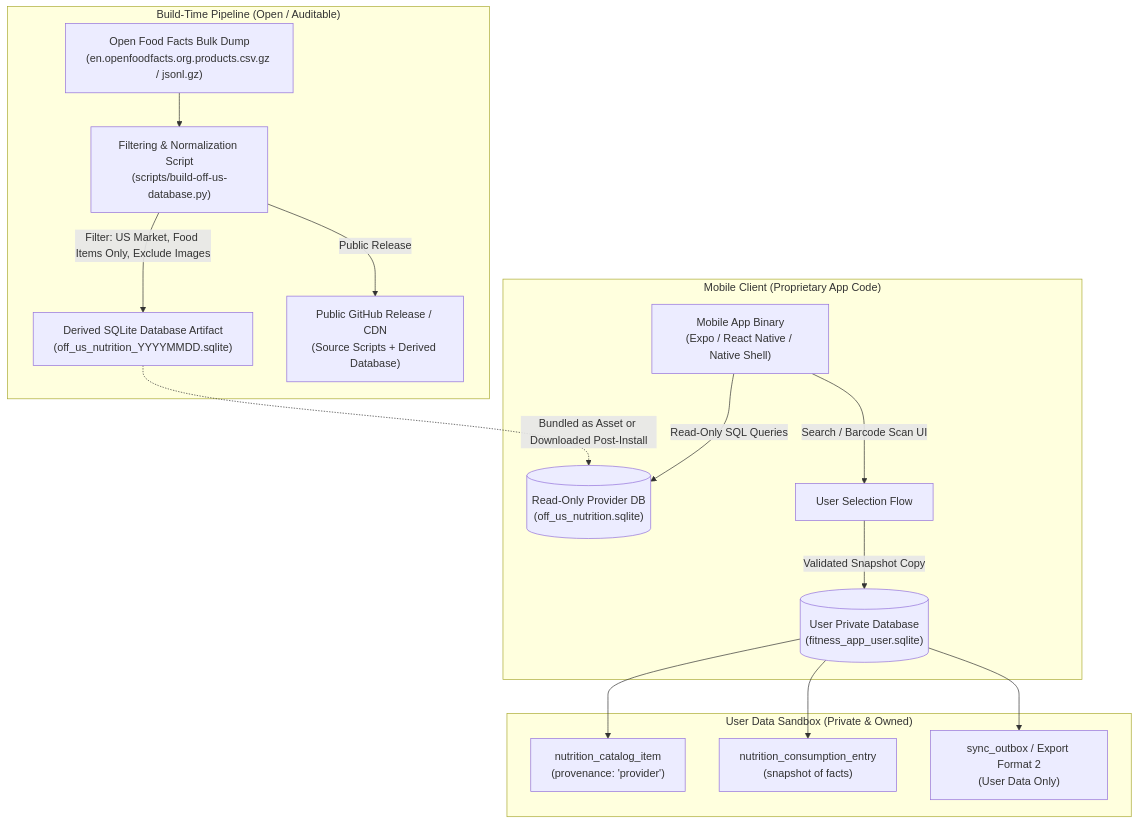
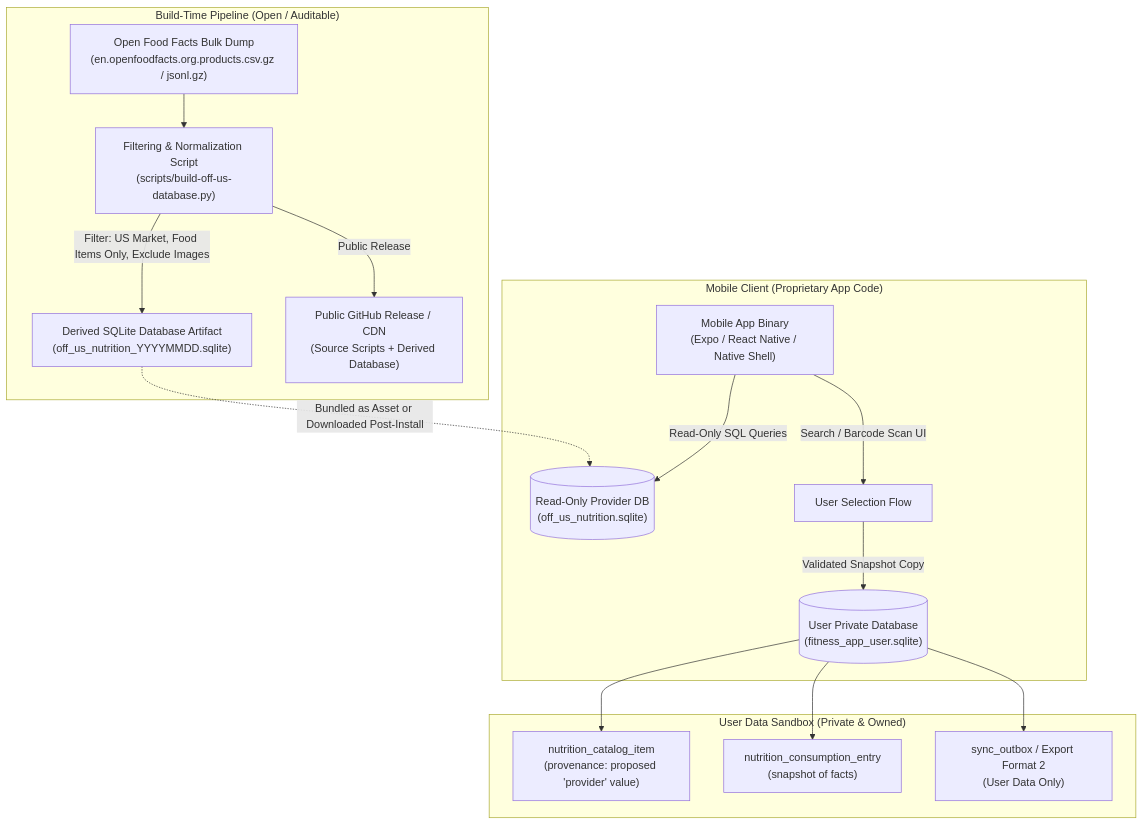
Before and after one commit to ericjayvirtucio/fitness-app: the diagram in docs/open-food-facts-licensing-review-packet.md, drawn with Mermaid. The commit also changed other lines of this file and 1 other file, not shown here.

Commit message:
docs(licensing): stop overstating settled ODbL conclusions in the review packet
The Sprint 53 review packet described its proposed architecture (physical
database isolation, a new 'provider' provenance value, source-offer hosting)
as if it already satisfied ODbL 1.0 obligations, and third-party-material.md
dropped the prior hedge that whether bundling a subset inside a distributed
app counts as Publicly Conveying the database is an unaddressed gap in Open
Food Facts's own documentation. Both read as an automated legal conclusion
rather than a question posed to counsel, and the 'provider' provenance value
does not exist in the shipped NutritionProvenance enum. Reframes both
documents around the open questions actually being sent for review.

````diff
--- a/docs/open-food-facts-licensing-review-packet.md
+++ b/docs/open-food-facts-licensing-review-packet.md
@@ -46,22 +46,22 @@
 ```mermaid
 flowchart TD
     subgraph BuildTime["Build-Time Pipeline (Open / Auditable)"]
         A["Open Food Facts Bulk Dump\n(en.openfoodfacts.org.products.csv.gz / jsonl.gz)"] --> B["Filtering & Normalization Script\n(scripts/build-off-us-database.py)"]
         B -->|Filter: US Market, Food Items Only, Exclude Images| C["Derived SQLite Database Artifact\n(off_us_nutrition_YYYYMMDD.sqlite)"]
         B -->|Public Release| D["Public GitHub Release / CDN\n(Source Scripts + Derived Database)"]
     end
 
     subgraph MobileApp["Mobile Client (Proprietary App Code)"]
         E["Mobile App Binary\n(Expo / React Native / Native Shell)"]
         C -.->|Bundled as Asset or Downloaded Post-Install| F[("Read-Only Provider DB\n(off_us_nutrition.sqlite)")]
         E -->|Read-Only SQL Queries| F
         E -->|Search / Barcode Scan UI| G["User Selection Flow"]
         G -->|Validated Snapshot Copy| H[("User Private Database\n(fitness_app_user.sqlite)")]
     end
 
     subgraph UserStorage["User Data Sandbox (Private & Owned)"]
-        H --> I["nutrition_catalog_item\n(provenance: 'provider')"]
+        H --> I["nutrition_catalog_item\n(provenance: proposed 'provider' value)"]
         H --> J["nutrition_consumption_entry\n(snapshot of facts)"]
         H --> K["sync_outbox / Export Format 2\n(User Data Only)"]
     end
 ```
````
